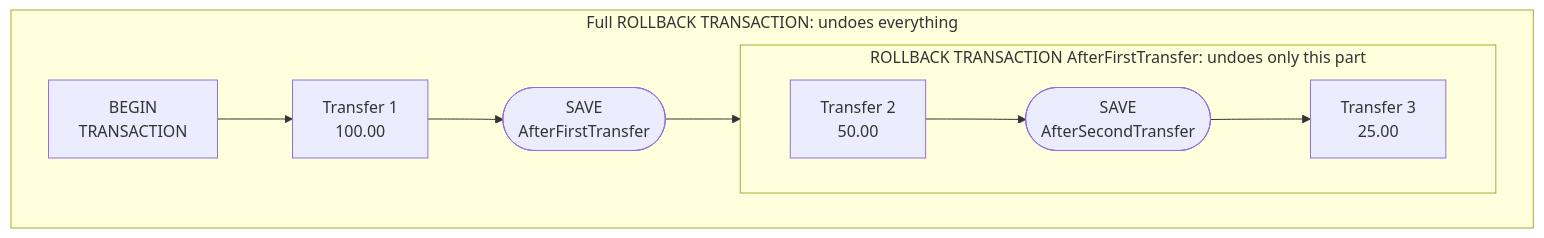
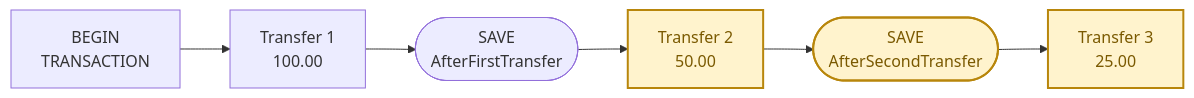
The fourth of 9 diagrams in labs/lab09-transactions.md (tjovic/database-design-labs-public), drawn with Mermaid before and after one commit. The commit also changed other lines of this file, not shown here.

````diff
--- a/labs/lab09-transactions.md
+++ b/labs/lab09-transactions.md
@@ -797,14 +797,11 @@
 ```mermaid
 flowchart LR
-    subgraph FULL["Full ROLLBACK TRANSACTION: undoes everything"]
-        direction LR
-        B["BEGIN<br/>TRANSACTION"] --> T1["Transfer 1<br/>100.00"]
-        T1 --> S1(["SAVE<br/>AfterFirstTransfer"])
-        S1 --> PART
-        subgraph PART["ROLLBACK TRANSACTION AfterFirstTransfer: undoes only this part"]
-            direction LR
-            T2["Transfer 2<br/>50.00"] --> S2(["SAVE<br/>AfterSecondTransfer"])
-            S2 --> T3["Transfer 3<br/>25.00"]
-        end
-    end
+    B["BEGIN<br/>TRANSACTION"] --> T1["Transfer 1<br/>100.00"]
+    T1 --> S1(["SAVE<br/>AfterFirstTransfer"])
+    S1 --> T2["Transfer 2<br/>50.00"]
+    T2 --> S2(["SAVE<br/>AfterSecondTransfer"])
+    S2 --> T3["Transfer 3<br/>25.00"]
+
+    classDef partial fill:#fff3cd,stroke:#b8860b,stroke-width:2px,color:#7a5900
+    class T2,S2,T3 partial
 ```
````
